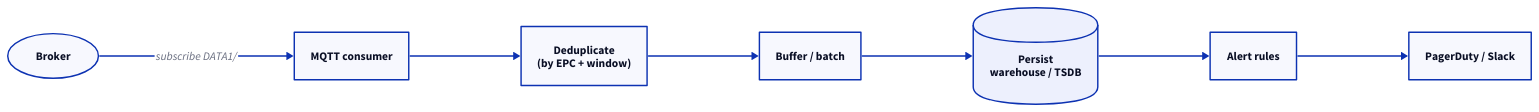
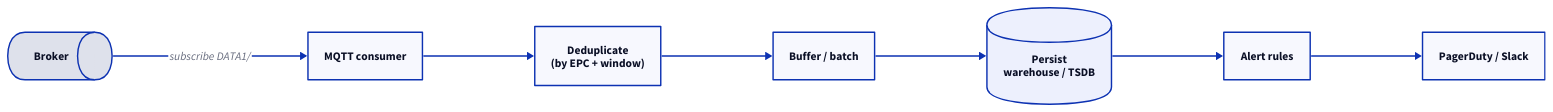
One commit to admiral-ai/zebra-handheld-rfid-iotc changed the diagram in docs/rfid/tag-data/process.md. Above: the diagram before and after it, drawn with D2. The commit also changed 40 other files, not shown here.

First line of the commit message:
Redesign all 54 D2 diagrams to a unified visual system

````diff
--- a/docs/rfid/tag-data/process.md
+++ b/docs/rfid/tag-data/process.md
@@ -55,16 +55,17 @@
 ```d2
 direction: right
-B: Broker { shape: oval }
+B: Broker { shape: queue }
 S: MQTT consumer
-D: "Deduplicate\n(by EPC + window)"
+Dd: "Deduplicate\n(by EPC + window)"
 Bu: Buffer / batch
 Pe: "Persist\nwarehouse / TSDB" { shape: cylinder }
 Al: Alert rules
 Out: PagerDuty / Slack
 B -> S: subscribe DATA1/#
-S -> D
-D -> Bu
+S -> Dd
+Dd -> Bu
 Bu -> Pe
 Pe -> Al
 Al -> Out
+
 ```
````
